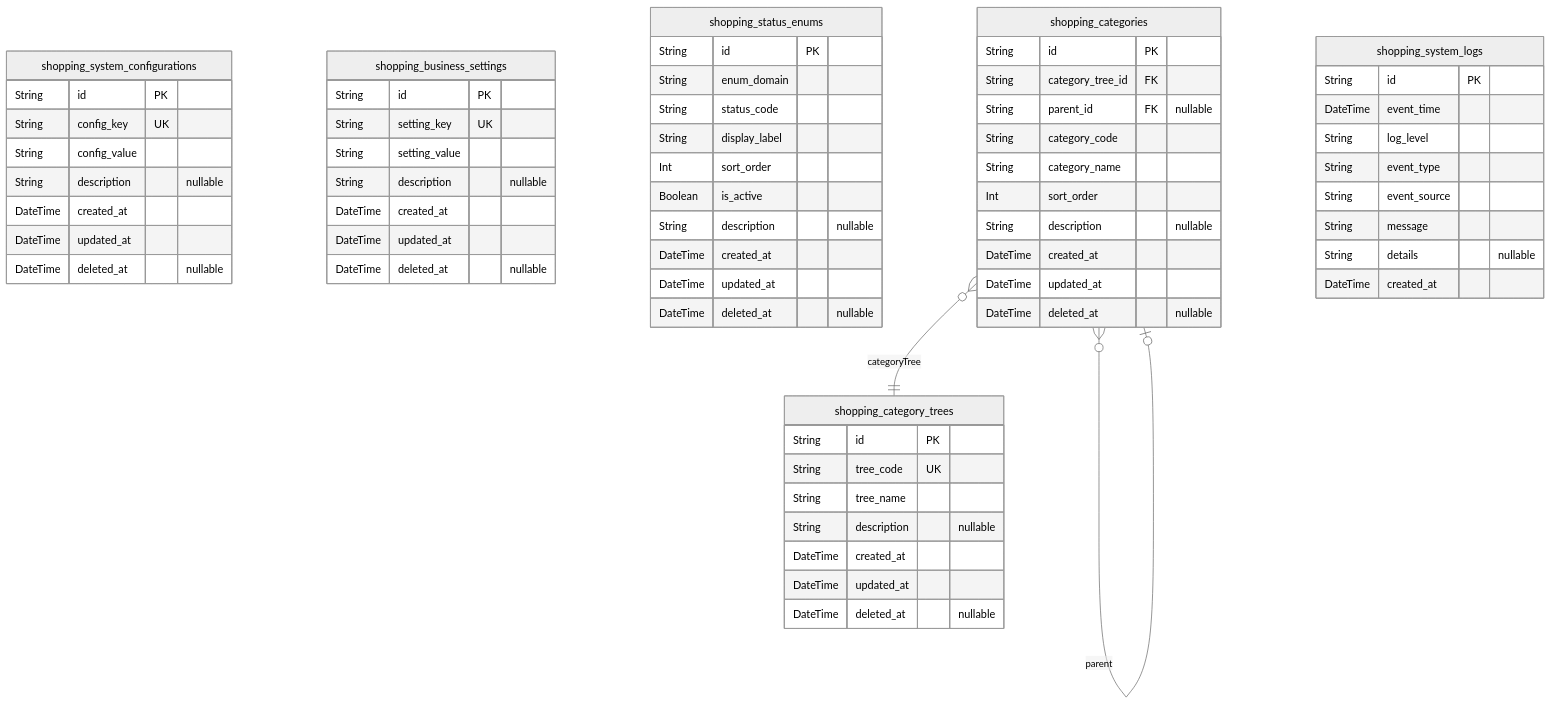
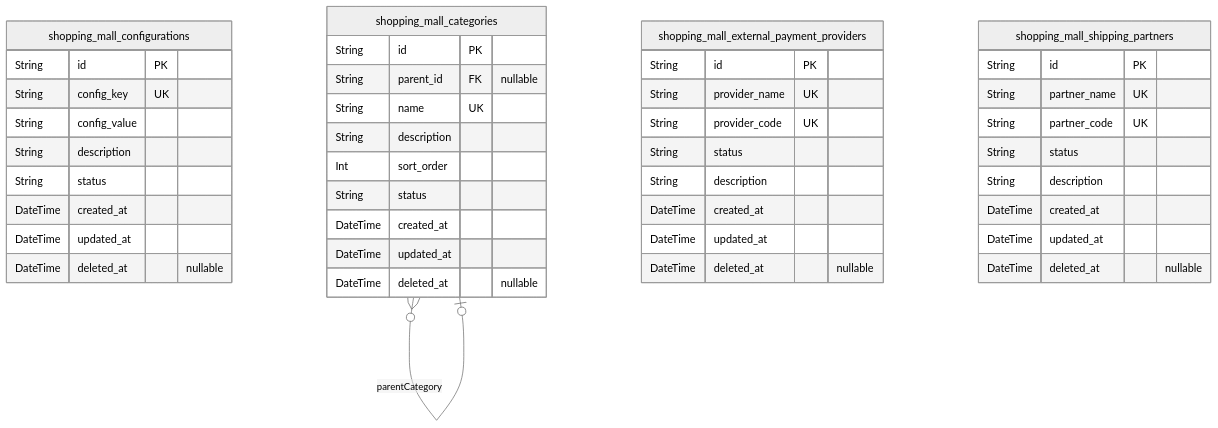
The first of 10 diagrams in openai/gpt-4.1/shopping/docs/ERD.md (wrtnlabs/autobe-examples), drawn with Mermaid (neutral theme) before and after one commit. The commit also changed other lines of this file and 22498 other files, not shown here.

````diff
--- a/openai/gpt-4.1/shopping/docs/ERD.md
+++ b/openai/gpt-4.1/shopping/docs/ERD.md
@@ -20,66 +18,45 @@
 ```mermaid
 erDiagram
-"shopping_system_configurations" {
+"shopping_mall_configurations" {
   String id PK
   String config_key UK
   String config_value
-  String description "nullable"
+  String description
+  String status
   DateTime created_at
   DateTime updated_at
   DateTime deleted_at "nullable"
 }
-"shopping_business_settings" {
+"shopping_mall_categories" {
   String id PK
-  String setting_key UK
-  String setting_value
-  String description "nullable"
+  String parent_id FK "nullable"
+  String name UK
+  String description
+  Int sort_order
+  String status
   DateTime created_at
   DateTime updated_at
   DateTime deleted_at "nullable"
 }
-"shopping_status_enums" {
+"shopping_mall_external_payment_providers" {
   String id PK
-  String enum_domain
-  String status_code
-  String display_label
-  Int sort_order
-  Boolean is_active
-  String description "nullable"
+  String provider_name UK
+  String provider_code UK
+  String status
+  String description
   DateTime created_at
   DateTime updated_at
   DateTime deleted_at "nullable"
 }
-"shopping_category_trees" {
+"shopping_mall_shipping_partners" {
   String id PK
-  String tree_code UK
-  String tree_name
-  String description "nullable"
+  String partner_name UK
+  String partner_code UK
+  String status
+  String description
   DateTime created_at
   DateTime updated_at
   DateTime deleted_at "nullable"
 }
-"shopping_categories" {
-  String id PK
-  String category_tree_id FK
-  String parent_id FK "nullable"
-  String category_code
-  String category_name
-  Int sort_order
-  String description "nullable"
-  DateTime created_at
-  DateTime updated_at
-  DateTime deleted_at "nullable"
-}
-"shopping_system_logs" {
-  String id PK
-  DateTime event_time
-  String log_level
-  String event_type
-  String event_source
-  String message
-  String details "nullable"
-  DateTime created_at
-}
-"shopping_categories" }o--|| "shopping_category_trees" : categoryTree
-"shopping_categories" }o--o| "shopping_categories" : parent
+"shopping_mall_categories" }o--o| "shopping_mall_categories" : parentCategory
 ```
````
